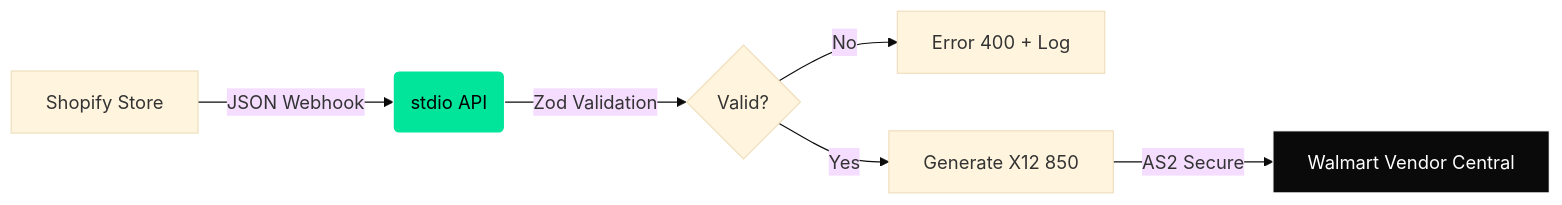
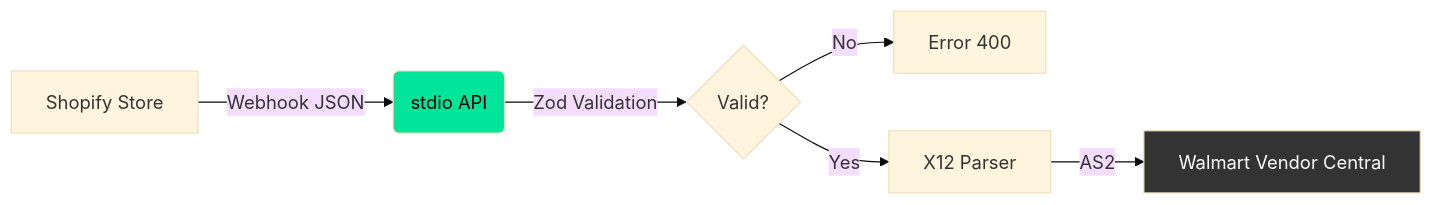
The diagram in introduction.mdx (admin-elogic/docs), drawn with Mermaid (base theme) before and after one commit. The commit also changed other lines of this file and 6 other files, not shown here.

Commit message:
Remove outdated API reference documentation and add new content for connections, ingest order, shipments, marketplace vs vendor, and X12 translation.

````diff
--- a/introduction.mdx
+++ b/introduction.mdx
@@ -17,10 +27,10 @@
 ```mermaid
 graph LR
-    A[Shopify Store] -- JSON Webhook --> B(stdio API)
-    B -- Zod Validation --> C{Valid?}
-    C -- No --> D[Error 400 + Log]
-    C -- Yes --> E[Generate X12 850]
-    E -- AS2 Secure --> F[Walmart Vendor Central]
-    style B fill:#00E599,color:#000,stroke:#fff
-    style F fill:#0A0A0A,color:#fff,stroke:#fff
+  A[Shopify Store] -- Webhook JSON --> B(stdio API)
+  B -- Zod Validation --> C{Valid?}
+  C -- No --> D[Error 400]
+  C -- Yes --> E[X12 Parser]
+  E -- AS2 --> F[Walmart Vendor Central]
+  style B fill:#00E599,color:#000
+  style F fill:#333,color:#fff
 ```
````
